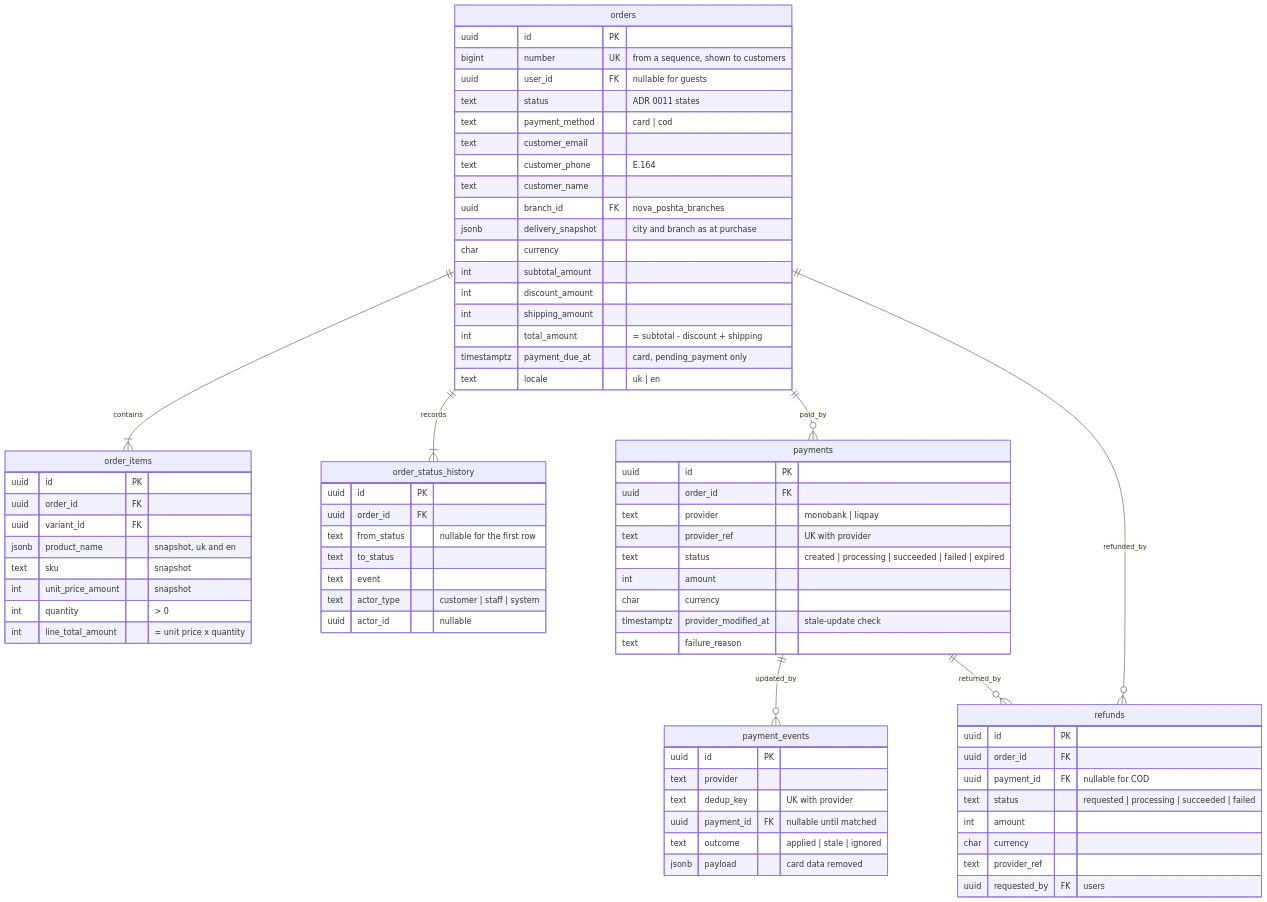
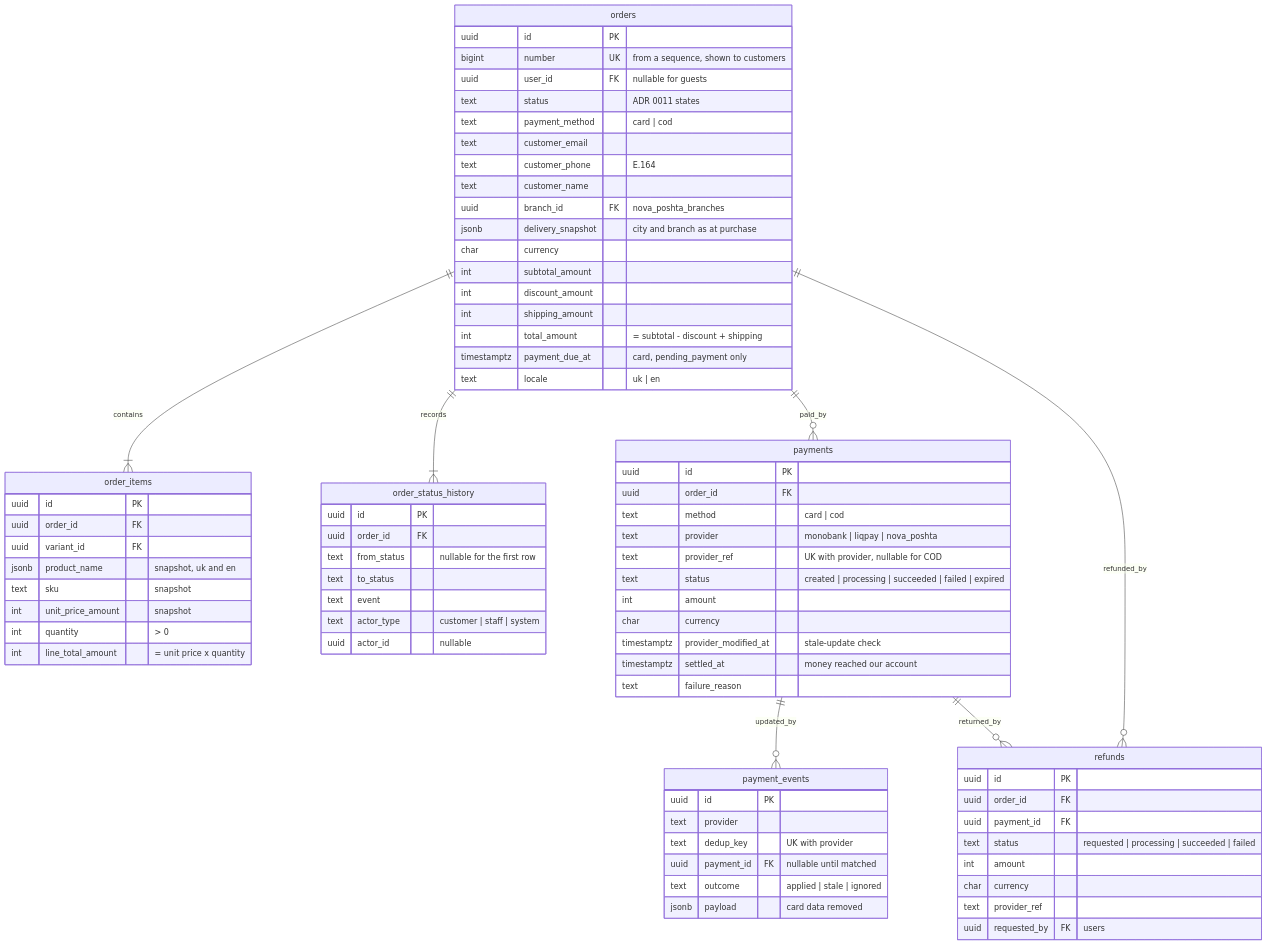
Before and after one commit to inhix/nodejs-shop: the fourth of 6 diagrams in docs/architecture.md, drawn with Mermaid. The commit also changed other lines of this file and 1 other file, not shown here.

First line of the commit message:
docs(docs): model cash-on-delivery money in the payments module

````diff
--- a/docs/architecture.md
+++ b/docs/architecture.md
@@ -219,76 +219,78 @@
 ```mermaid
 erDiagram
     orders ||--|{ order_items : contains
     orders ||--|{ order_status_history : records
     orders ||--o{ payments : paid_by
     payments ||--o{ payment_events : updated_by
     orders ||--o{ refunds : refunded_by
     payments ||--o{ refunds : returned_by
     orders {
         uuid id PK
         bigint number UK "from a sequence, shown to customers"
         uuid user_id FK "nullable for guests"
         text status "ADR 0011 states"
         text payment_method "card | cod"
         text customer_email
         text customer_phone "E.164"
         text customer_name
         uuid branch_id FK "nova_poshta_branches"
         jsonb delivery_snapshot "city and branch as at purchase"
         char currency
         int subtotal_amount
         int discount_amount
         int shipping_amount
         int total_amount "= subtotal - discount + shipping"
         timestamptz payment_due_at "card, pending_payment only"
         text locale "uk | en"
     }
     order_items {
         uuid id PK
         uuid order_id FK
         uuid variant_id FK
         jsonb product_name "snapshot, uk and en"
         text sku "snapshot"
         int unit_price_amount "snapshot"
         int quantity "> 0"
         int line_total_amount "= unit price x quantity"
     }
     order_status_history {
         uuid id PK
         uuid order_id FK
         text from_status "nullable for the first row"
         text to_status
         text event
         text actor_type "customer | staff | system"
         uuid actor_id "nullable"
     }
     payments {
         uuid id PK
         uuid order_id FK
-        text provider "monobank | liqpay"
-        text provider_ref "UK with provider"
+        text method "card | cod"
+        text provider "monobank | liqpay | nova_poshta"
+        text provider_ref "UK with provider, nullable for COD"
         text status "created | processing | succeeded | failed | expired"
         int amount
         char currency
         timestamptz provider_modified_at "stale-update check"
+        timestamptz settled_at "money reached our account"
         text failure_reason
     }
     payment_events {
         uuid id PK
         text provider
         text dedup_key "UK with provider"
         uuid payment_id FK "nullable until matched"
         text outcome "applied | stale | ignored"
         jsonb payload "card data removed"
     }
     refunds {
         uuid id PK
         uuid order_id FK
-        uuid payment_id FK "nullable for COD"
+        uuid payment_id FK
         text status "requested | processing | succeeded | failed"
         int amount
         char currency
         text provider_ref
         uuid requested_by FK "users"
     }
 ```
````
